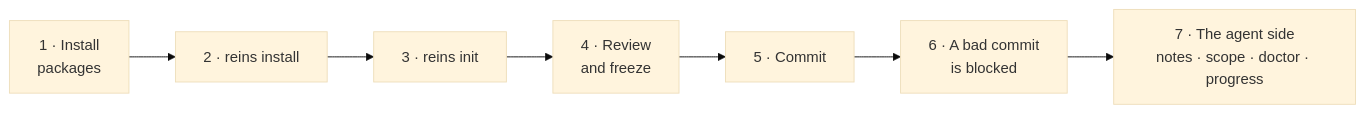
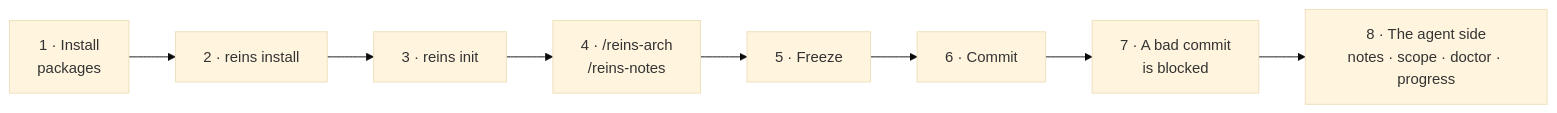
The diagram in docs/walkthrough.md (fredarcito/reins), drawn with Mermaid (base theme) before and after one commit. The commit also changed other lines of this file and 22 other files, not shown here.

````diff
--- a/docs/walkthrough.md
+++ b/docs/walkthrough.md
@@ -5,9 +5,10 @@
 ```mermaid
 flowchart LR
     a["1 · Install<br/>packages"] --> b["2 · reins install"]
     b --> c["3 · reins init"]
-    c --> d["4 · Review<br/>and freeze"]
-    d --> e["5 · Commit"]
-    e --> f["6 · A bad commit<br/>is blocked"]
-    f --> g["7 · The agent side<br/>notes · scope · doctor · progress"]
+    c --> d["4 · /reins-arch<br/>/reins-notes"]
+    d --> d2["5 · Freeze"]
+    d2 --> e["6 · Commit"]
+    e --> f["7 · A bad commit<br/>is blocked"]
+    f --> g["8 · The agent side<br/>notes · scope · doctor · progress"]
 ```
````
